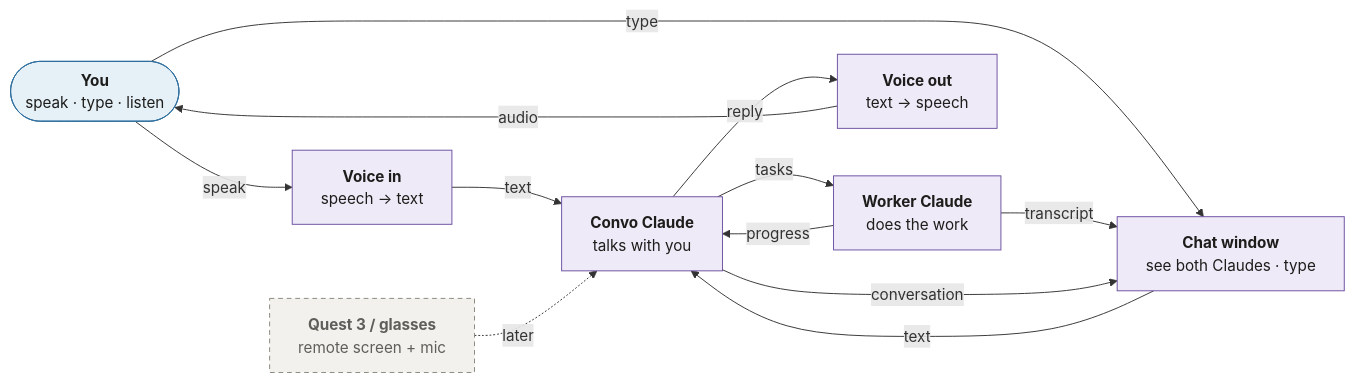
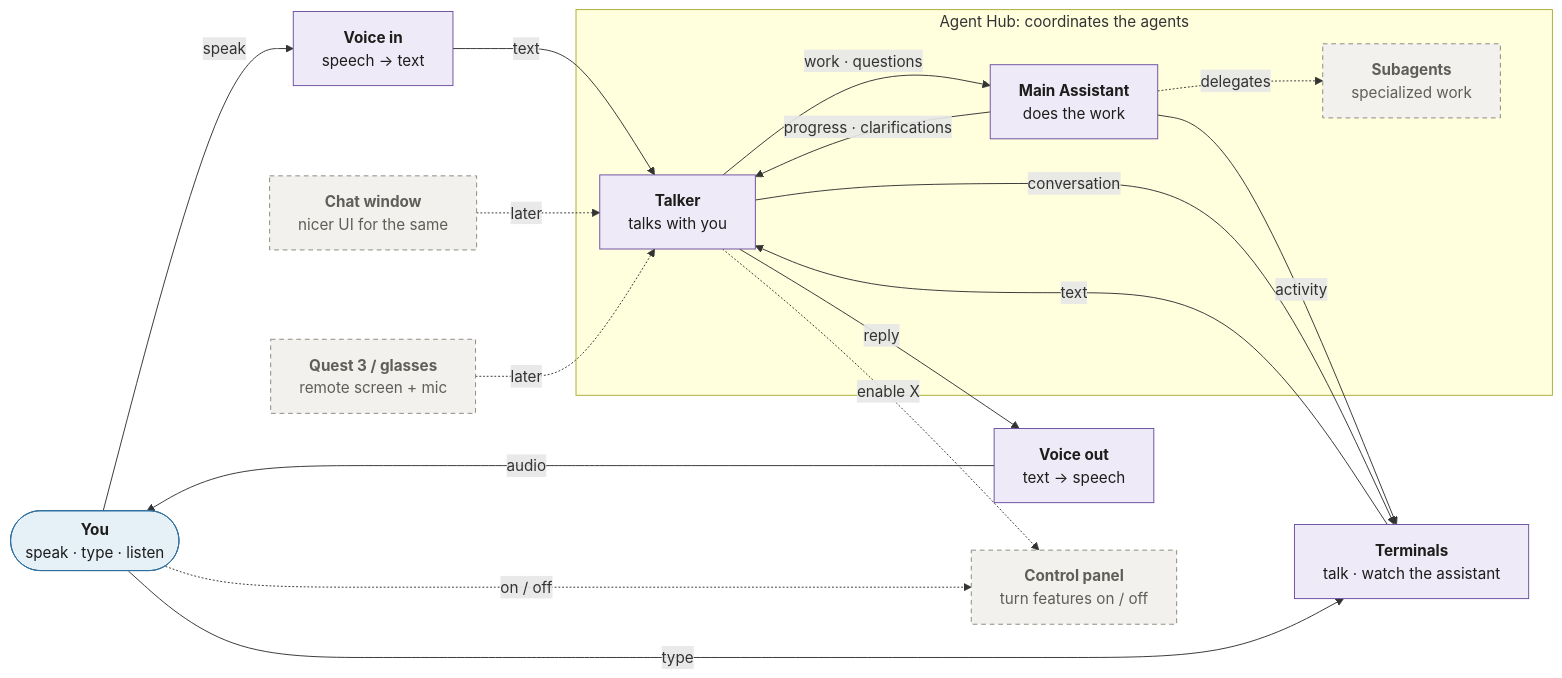
The diagram in docs/architecture/README.md (sharramon/AI_Assistant), drawn with Mermaid before and after one commit. The commit also changed other lines of this file and 38 other files, not shown here.

````diff
--- a/docs/architecture/README.md
+++ b/docs/architecture/README.md
@@ -9,29 +9,39 @@
 ```mermaid
 flowchart LR
     You(["<b>You</b><br/>speak · type · listen"])
     VoiceIn["<b>Voice in</b><br/>speech → text"]
-    Window["<b>Chat window</b><br/>see both Claudes · type"]
-    Convo["<b>Convo Claude</b><br/>talks with you"]
-    Worker["<b>Worker Claude</b><br/>does the work"]
+    Term["<b>Terminals</b><br/>talk · watch the assistant"]
+    Window["<b>Chat window</b><br/>nicer UI for the same"]
     VoiceOut["<b>Voice out</b><br/>text → speech"]
     Quest["<b>Quest 3 / glasses</b><br/>remote screen + mic"]
+    Control["<b>Control panel</b><br/>turn features on / off"]
+
+    subgraph Hub["Agent Hub: coordinates the agents"]
+        Talker["<b>Talker</b><br/>talks with you"]
+        Main["<b>Main Assistant</b><br/>does the work"]
+        Subs["<b>Subagents</b><br/>specialized work"]
+        Talker -- work · questions --> Main
+        Main -- progress · clarifications --> Talker
+        Main -. delegates .-> Subs
+    end
 
     You -- speak --> VoiceIn
-    You -- type --> Window
-    VoiceIn -- text --> Convo
-    Window -- text --> Convo
-    Convo -- tasks --> Worker
-    Worker -- progress --> Convo
-    Convo -- reply --> VoiceOut
+    You -- type --> Term
+    VoiceIn -- text --> Talker
+    Term -- text --> Talker
+    Talker -- reply --> VoiceOut
     VoiceOut -- audio --> You
-    Worker -- transcript --> Window
-    Convo -- conversation --> Window
-    Quest -. later .-> Convo
+    Main -- activity --> Term
+    Talker -- conversation --> Term
+    Window -. later .-> Talker
+    Quest -. later .-> Talker
+    You -. on / off .-> Control
+    Talker -. "enable X" .-> Control
 
     classDef planned fill:#efeaf7,stroke:#6b4fa0,color:#1d1d1b
     classDef person fill:#e6f0f7,stroke:#2f6f9f,color:#1d1d1b
     classDef later fill:#f2f1ee,stroke:#8a877c,stroke-dasharray:5 4,color:#5f5e58
-    class VoiceIn,Window,Convo,Worker,VoiceOut planned
+    class VoiceIn,Term,Talker,Main,VoiceOut planned
     class You person
-    class Quest later
+    class Window,Quest,Subs,Control later
 ```
````
